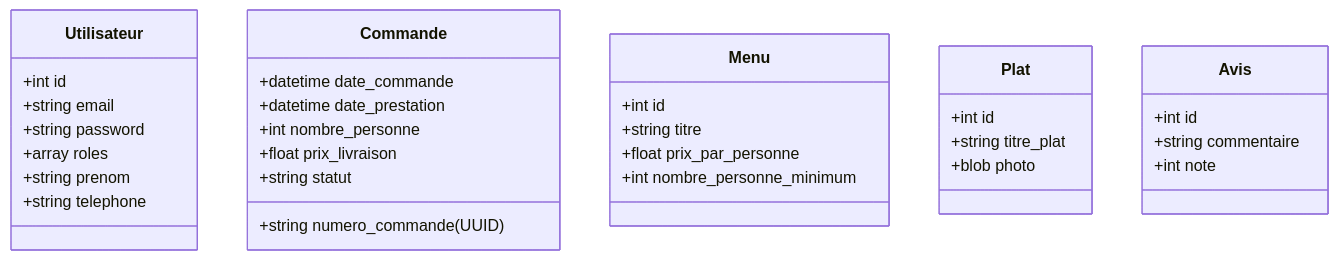
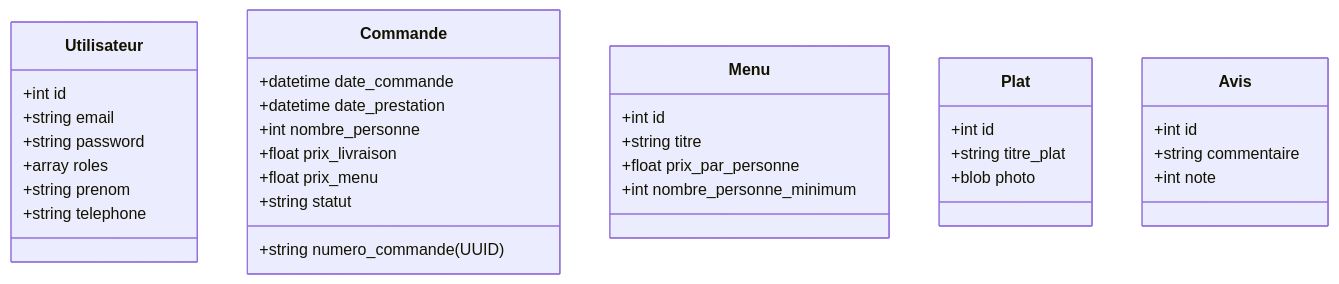
One commit to PhilHika/Vite-Gourmand changed the diagram in README.md. Above: the diagram before and after it, drawn with Mermaid. The commit also changed 2 other files, not shown here.

Commit message:
Entity : oublis du prix_menu dans l'entity Commande + correction sur la table

````diff
--- a/README.md
+++ b/README.md
@@ -22,36 +22,37 @@
 ```mermaid
 classDiagram
     class Utilisateur {
         +int id
         +string email
         +string password
         +array roles
         +string prenom
         +string telephone
     }
     class Commande {
         +string numero_commande (UUID)
         +datetime date_commande
         +datetime date_prestation
         +int nombre_personne
         +float prix_livraison
+        +float prix_menu
         +string statut
     }
     class Menu {
         +int id
         +string titre
         +float prix_par_personne
         +int nombre_personne_minimum
     }
     class Plat {
         +int id
         +string titre_plat
         +blob photo
     }
     class Avis {
         +int id
         +string commentaire
         +int note
     }
 
 ```
````
